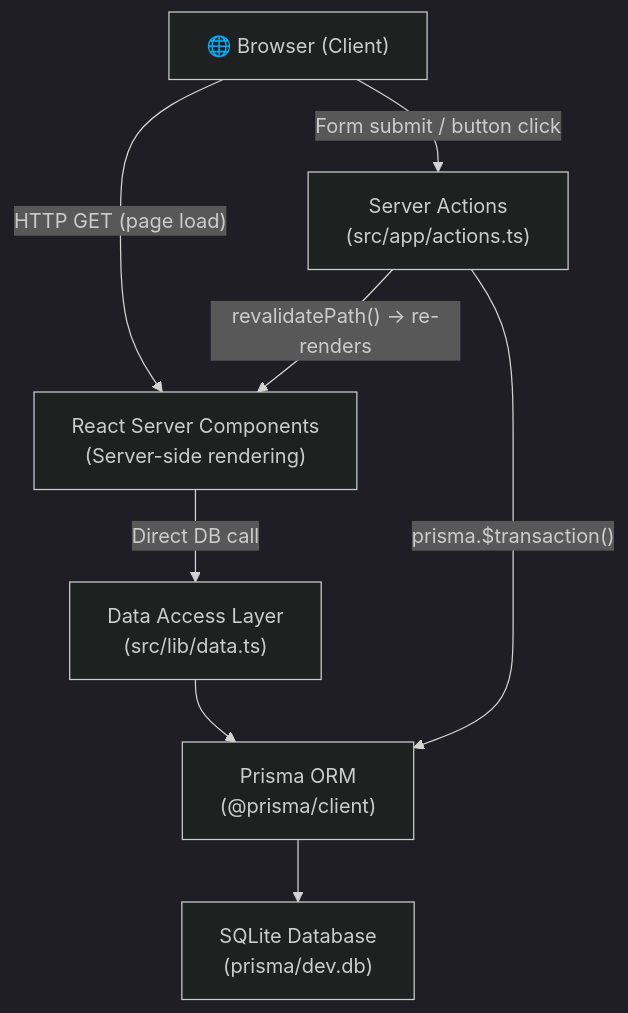
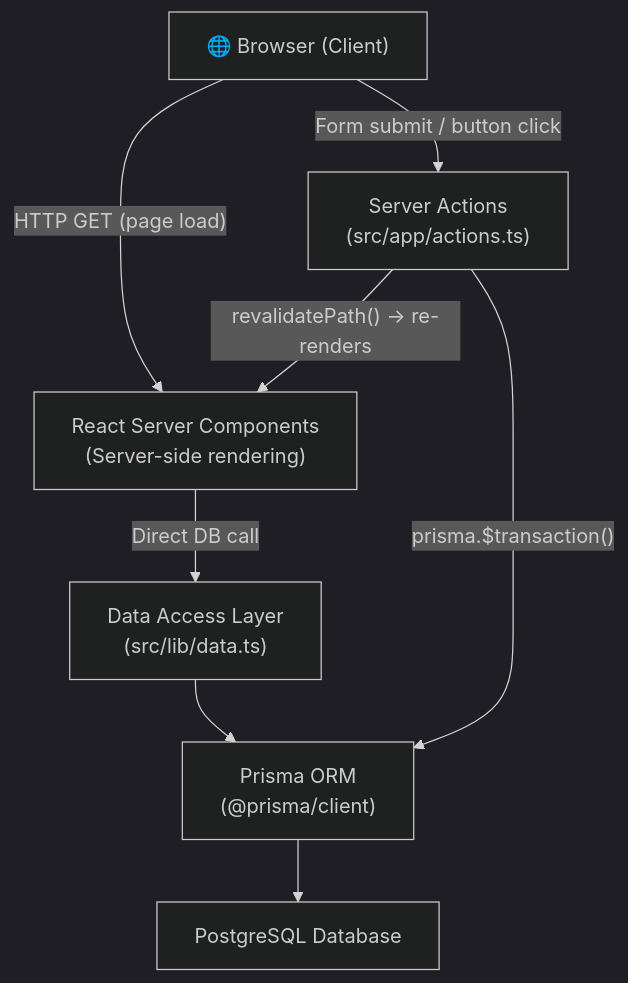
One commit to teamturnersolutions/bjs-equiptrack-demo changed the first of 3 diagrams in docs/architecture_walkthrough.md. Above: the diagram before and after it, drawn with Mermaid (dark theme). The commit also changed other lines of this file and 4 other files, not shown here.

````diff
--- a/docs/architecture_walkthrough.md
+++ b/docs/architecture_walkthrough.md
@@ -11,17 +11,17 @@
 ```mermaid
 graph TD
     Browser["🌐 Browser (Client)"]
     RSC["React Server Components\n(Server-side rendering)"]
     SA["Server Actions\n(src/app/actions.ts)"]
     DAL["Data Access Layer\n(src/lib/data.ts)"]
     Prisma["Prisma ORM\n(@prisma/client)"]
-    DB["SQLite Database\n(prisma/dev.db)"]
+    DB["PostgreSQL Database"]
 
     Browser -->|"HTTP GET (page load)"| RSC
     RSC -->|"Direct DB call"| DAL
     DAL --> Prisma --> DB
 
     Browser -->|"Form submit / button click"| SA
     SA -->|"prisma.$transaction()"| Prisma
     SA -->|"revalidatePath() → re-renders"| RSC
 ```
````
